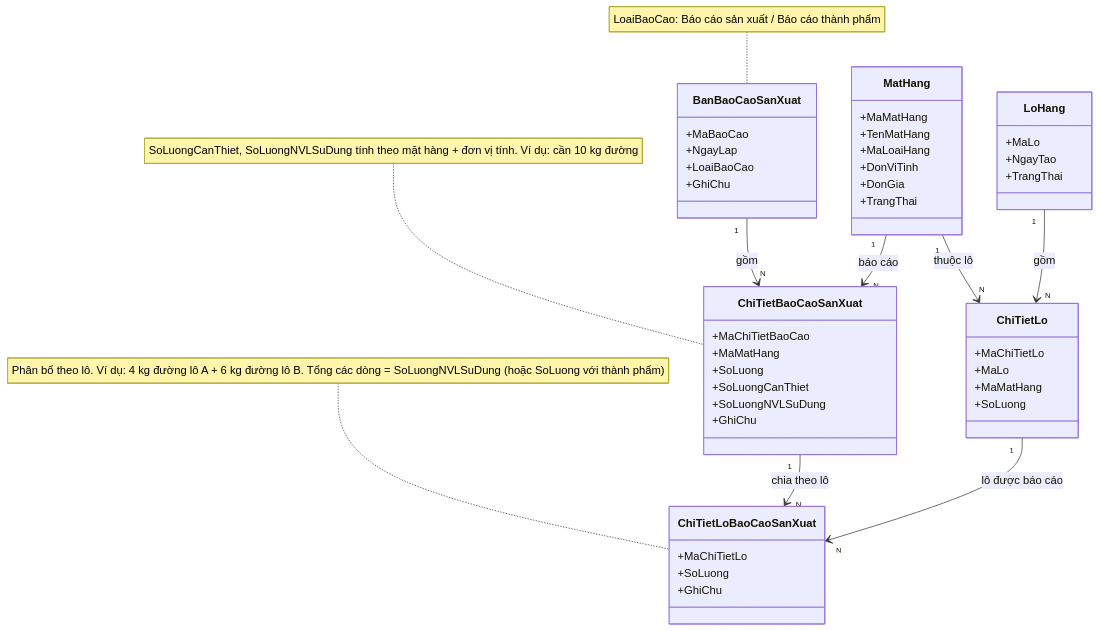
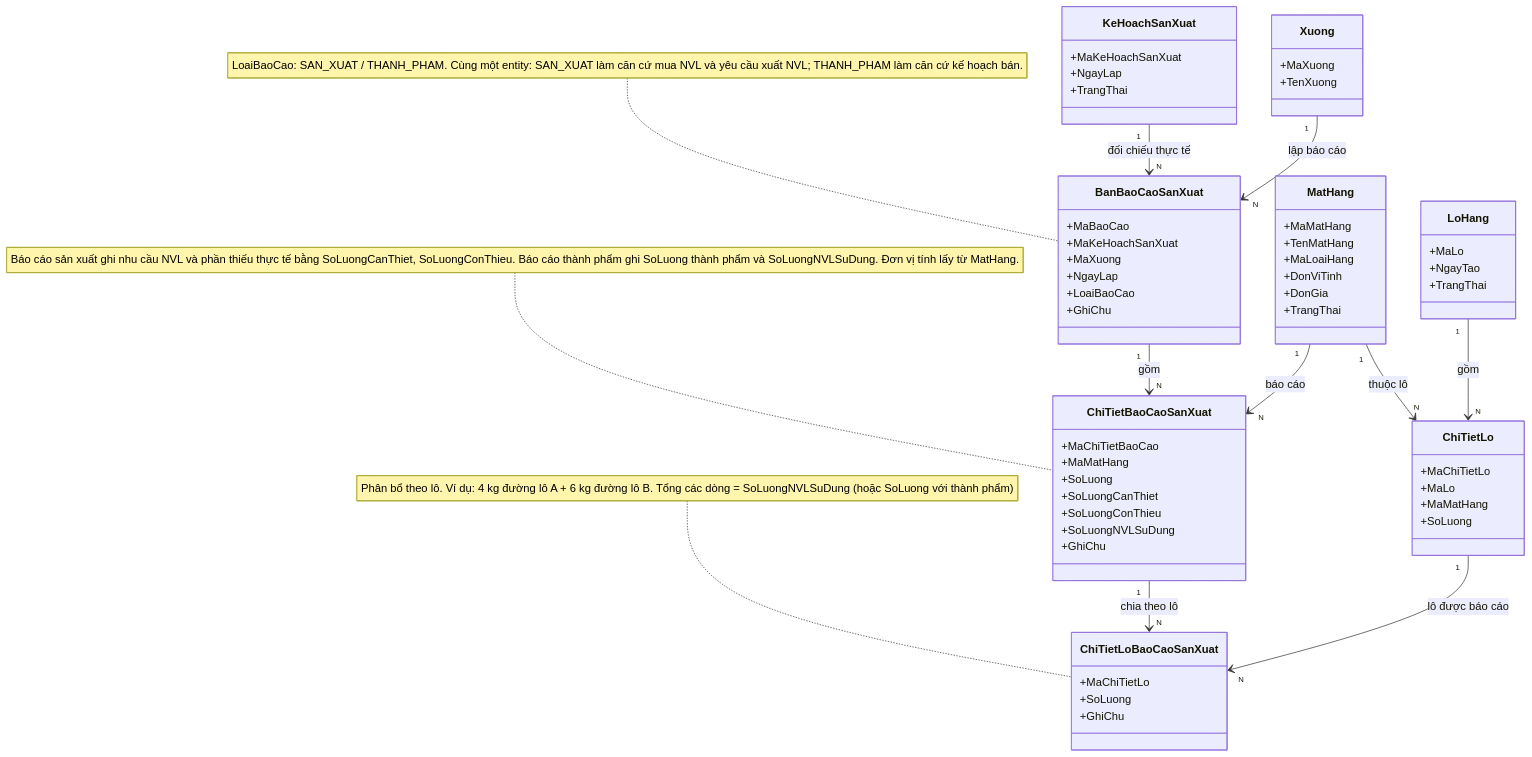
Before and after one commit to vthaix/WarehouseSystem: diagram 12 of 14 in app/docs/DOMAIN_MODEL.md, drawn with Mermaid. The commit also changed other lines of this file, not shown here.

````diff
--- a/app/docs/DOMAIN_MODEL.md
+++ b/app/docs/DOMAIN_MODEL.md
@@ -631,60 +633,76 @@
 ```mermaid
 classDiagram
 
+    class KeHoachSanXuat {
+        +MaKeHoachSanXuat
+        +NgayLap
+        +TrangThai
+    }
+
+    class Xuong {
+        +MaXuong
+        +TenXuong
+    }
+
     class BanBaoCaoSanXuat {
         +MaBaoCao
+        +MaKeHoachSanXuat
+        +MaXuong
         +NgayLap
         +LoaiBaoCao
         +GhiChu
     }
 
     class ChiTietBaoCaoSanXuat {
         +MaChiTietBaoCao
         +MaMatHang
         +SoLuong
         +SoLuongCanThiet
+        +SoLuongConThieu
         +SoLuongNVLSuDung
         +GhiChu
     }
 
     class ChiTietLoBaoCaoSanXuat {
         +MaChiTietLo
         +SoLuong
         +GhiChu
     }
 
     class MatHang {
         +MaMatHang
         +TenMatHang
         +MaLoaiHang
         +DonViTinh
         +DonGia
         +TrangThai
     }
 
     class LoHang {
         +MaLo
         +NgayTao
         +TrangThai
     }
 
     class ChiTietLo {
         +MaChiTietLo
         +MaLo
         +MaMatHang
         +SoLuong
     }
 
+    KeHoachSanXuat "1" --> "N" BanBaoCaoSanXuat : đối chiếu thực tế
+    Xuong "1" --> "N" BanBaoCaoSanXuat : lập báo cáo
     BanBaoCaoSanXuat "1" --> "N" ChiTietBaoCaoSanXuat : gồm
     MatHang "1" --> "N" ChiTietBaoCaoSanXuat : báo cáo
     ChiTietBaoCaoSanXuat "1" --> "N" ChiTietLoBaoCaoSanXuat : chia theo lô
 
     MatHang "1" --> "N" ChiTietLo : thuộc lô
     LoHang "1" --> "N" ChiTietLo : gồm
     ChiTietLo "1" --> "N" ChiTietLoBaoCaoSanXuat : lô được báo cáo
 
-    note for BanBaoCaoSanXuat "LoaiBaoCao: Báo cáo sản xuất / Báo cáo thành phẩm"
-    note for ChiTietBaoCaoSanXuat "SoLuongCanThiet, SoLuongNVLSuDung tính theo mặt hàng + đơn vị tính. Ví dụ: cần 10 kg đường"
+    note for BanBaoCaoSanXuat "LoaiBaoCao: SAN_XUAT / THANH_PHAM. Cùng một entity: SAN_XUAT làm căn cứ mua NVL và yêu cầu xuất NVL; THANH_PHAM làm căn cứ kế hoạch bán."
+    note for ChiTietBaoCaoSanXuat "Báo cáo sản xuất ghi nhu cầu NVL và phần thiếu thực tế bằng SoLuongCanThiet, SoLuongConThieu. Báo cáo thành phẩm ghi SoLuong thành phẩm và SoLuongNVLSuDung. Đơn vị tính lấy từ MatHang."
     note for ChiTietLoBaoCaoSanXuat "Phân bổ theo lô. Ví dụ: 4 kg đường lô A + 6 kg đường lô B. Tổng các dòng = SoLuongNVLSuDung (hoặc SoLuong với thành phẩm)"
 
 ```
````
